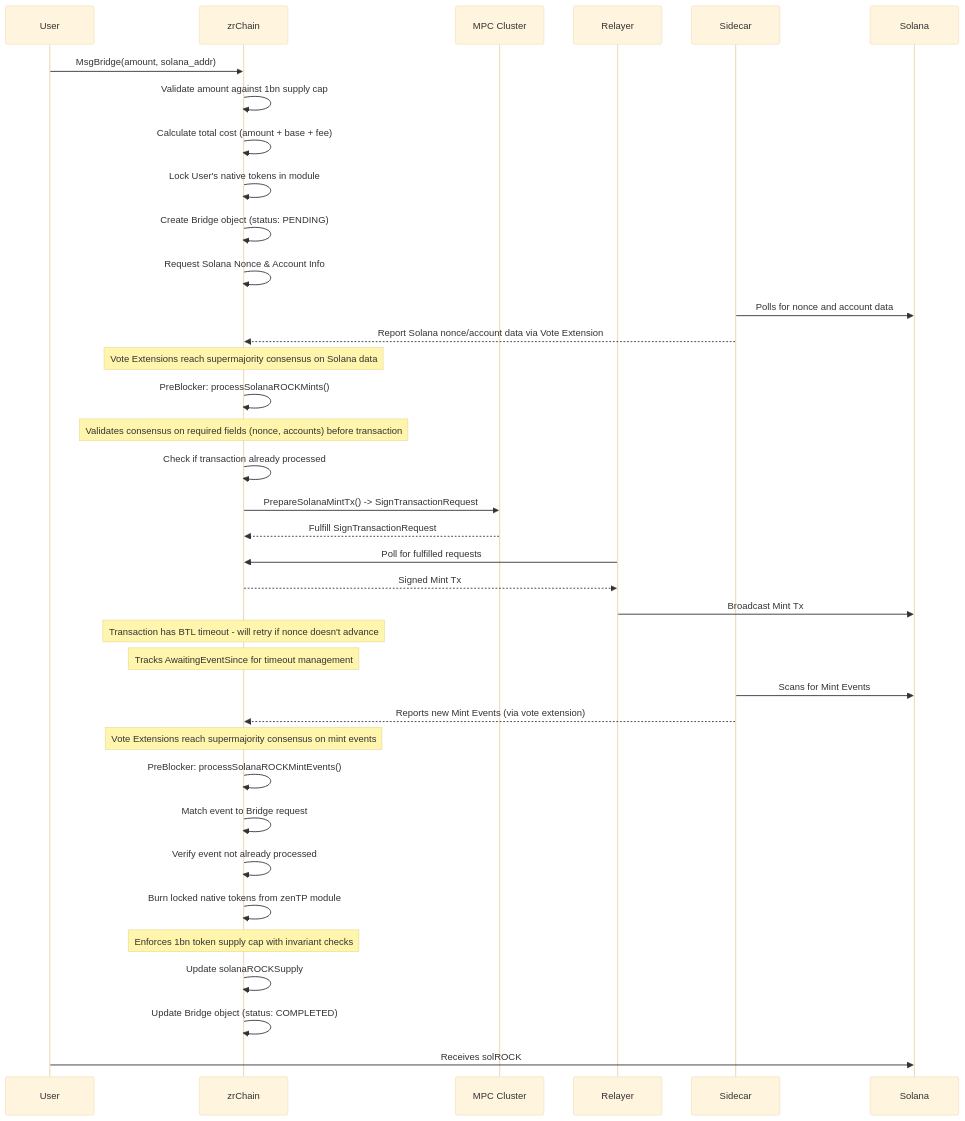
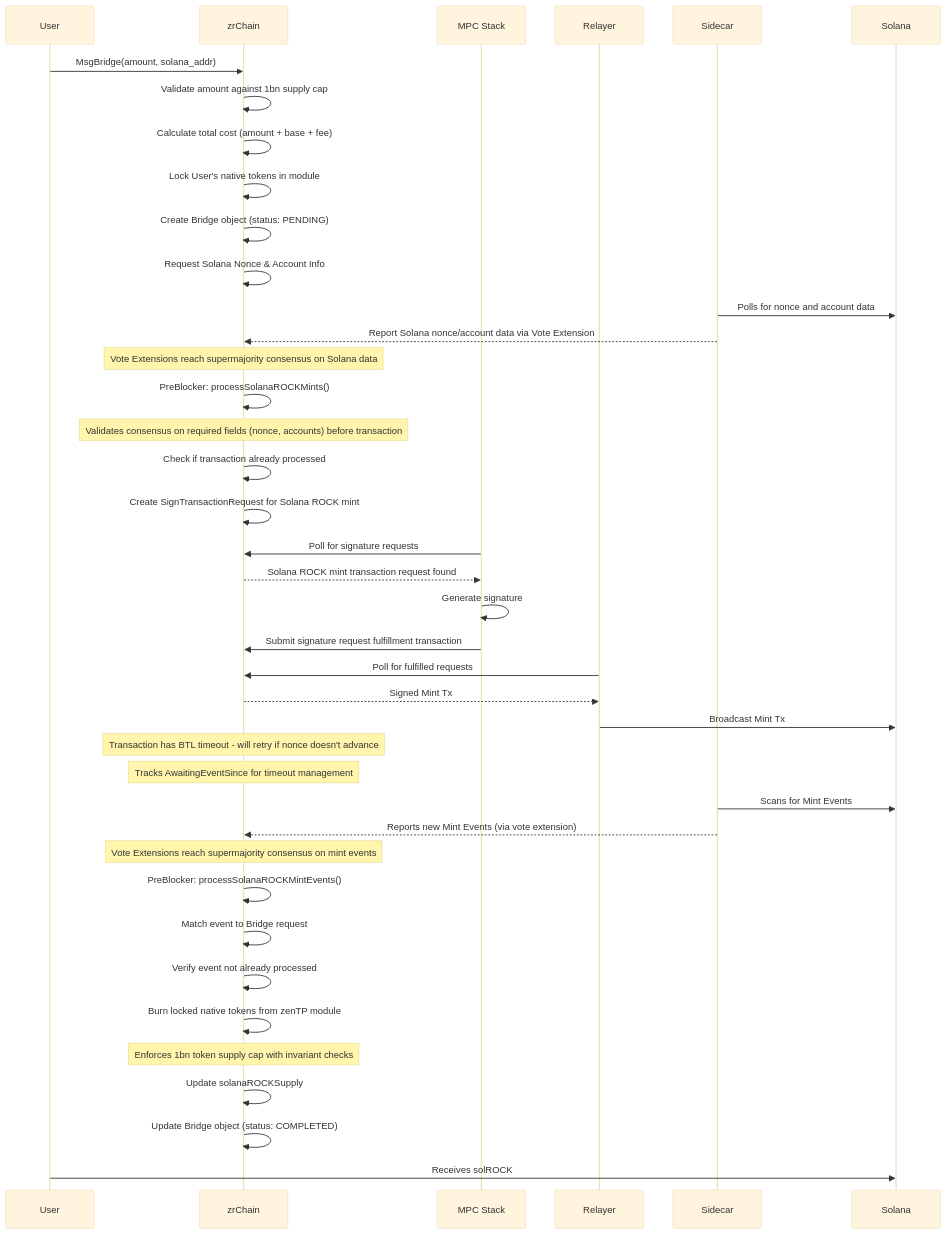
Before and after one commit to zenrocklabs/zrchain: the third of 4 diagrams in docs/README.md, drawn with Mermaid (base theme). The commit also changed other lines of this file, not shown here.

Commit message:
improve sequence diagrams

````diff
--- a/docs/README.md
+++ b/docs/README.md
@@ -250,42 +271,45 @@
 ```mermaid
 sequenceDiagram
     participant User
     participant zrChain
-    participant MPC Cluster
+    participant MPC Stack
     participant Relayer
     participant Sidecar
     participant Solana
 
     User->>zrChain: MsgBridge(amount, solana_addr)
     zrChain->>zrChain: Validate amount against 1bn supply cap
     zrChain->>zrChain: Calculate total cost (amount + base + fee)
     zrChain->>zrChain: Lock User's native tokens in module
     zrChain->>zrChain: Create Bridge object (status: PENDING)
     zrChain->>zrChain: Request Solana Nonce & Account Info
 
     Sidecar->>Solana: Polls for nonce and account data
     Sidecar-->>zrChain: Report Solana nonce/account data via Vote Extension
     Note over zrChain: Vote Extensions reach supermajority consensus on Solana data
     zrChain->>zrChain: PreBlocker: processSolanaROCKMints()
     Note over zrChain: Validates consensus on required fields (nonce, accounts) before transaction
     zrChain->>zrChain: Check if transaction already processed
-    zrChain->>MPC Cluster: PrepareSolanaMintTx() -> SignTransactionRequest
-    MPC Cluster-->>zrChain: Fulfill SignTransactionRequest
+    zrChain->>zrChain: Create SignTransactionRequest for Solana ROCK mint
+    MPC Stack->>zrChain: Poll for signature requests
+    zrChain-->>MPC Stack: Solana ROCK mint transaction request found
+    MPC Stack->>MPC Stack: Generate signature
+    MPC Stack->>zrChain: Submit signature request fulfillment transaction
     Relayer->>zrChain: Poll for fulfilled requests
     zrChain-->>Relayer: Signed Mint Tx
     Relayer->>Solana: Broadcast Mint Tx
     Note over zrChain: Transaction has BTL timeout - will retry if nonce doesn't advance
     Note over zrChain: Tracks AwaitingEventSince for timeout management
 
     Sidecar->>Solana: Scans for Mint Events
     Sidecar-->>zrChain: Reports new Mint Events (via vote extension)
     Note over zrChain: Vote Extensions reach supermajority consensus on mint events
     zrChain->>zrChain: PreBlocker: processSolanaROCKMintEvents()
     zrChain->>zrChain: Match event to Bridge request
     zrChain->>zrChain: Verify event not already processed
     zrChain->>zrChain: Burn locked native tokens from zenTP module
     Note over zrChain: Enforces 1bn token supply cap with invariant checks
     zrChain->>zrChain: Update solanaROCKSupply
     zrChain->>zrChain: Update Bridge object (status: COMPLETED)
     User->>Solana: Receives solROCK
 ```
````
